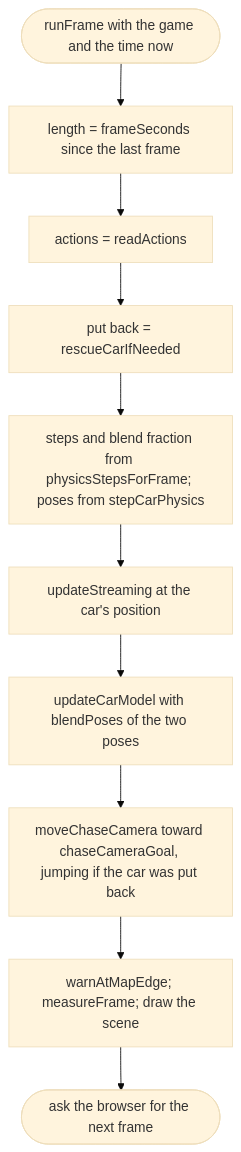
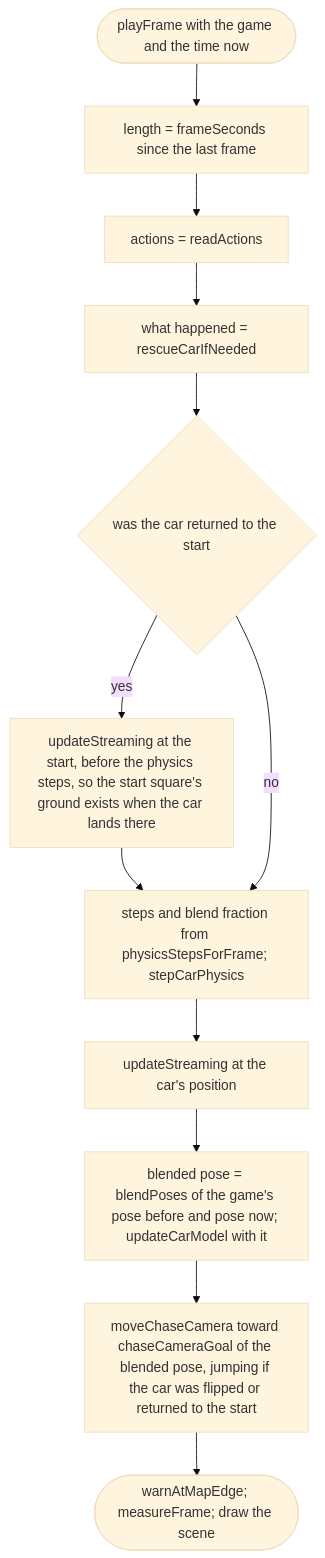
Before and after one commit to NewDara-Star/world-engine: the seventh of 8 diagrams in docs/designs/src/game/loop.md, drawn with Mermaid (base theme). The commit also changed other lines of this file and 41 other files, not shown here.

````diff
--- a/docs/designs/src/game/loop.md
+++ b/docs/designs/src/game/loop.md
@@ -115,14 +121,18 @@
 ```mermaid
 flowchart TD
-  s(["runFrame with the game and the time now"])
+  s(["playFrame with the game and the time now"])
   a["length = frameSeconds since the last frame"]
   b["actions = readActions"]
-  c["put back = rescueCarIfNeeded"]
-  d["steps and blend fraction from physicsStepsForFrame; poses from stepCarPhysics"]
+  c["what happened = rescueCarIfNeeded"]
+  r{"was the car returned to the start"}
+  r1["updateStreaming at the start, before the physics steps, so the start square's ground exists when the car lands there"]
+  d["steps and blend fraction from physicsStepsForFrame; stepCarPhysics"]
   e["updateStreaming at the car's position"]
-  f["updateCarModel with blendPoses of the two poses"]
-  g["moveChaseCamera toward chaseCameraGoal, jumping if the car was put back"]
-  h["warnAtMapEdge; measureFrame; draw the scene"]
-  i(["ask the browser for the next frame"])
-  s --> a --> b --> c --> d --> e --> f --> g --> h --> i
+  f["blended pose = blendPoses of the game's pose before and pose now; updateCarModel with it"]
+  g["moveChaseCamera toward chaseCameraGoal of the blended pose, jumping if the car was flipped or returned to the start"]
+  h(["warnAtMapEdge; measureFrame; draw the scene"])
+  s --> a --> b --> c --> r
+  r -->|"yes"| r1 --> d
+  r -->|"no"| d
+  d --> e --> f --> g --> h
 ```
````
